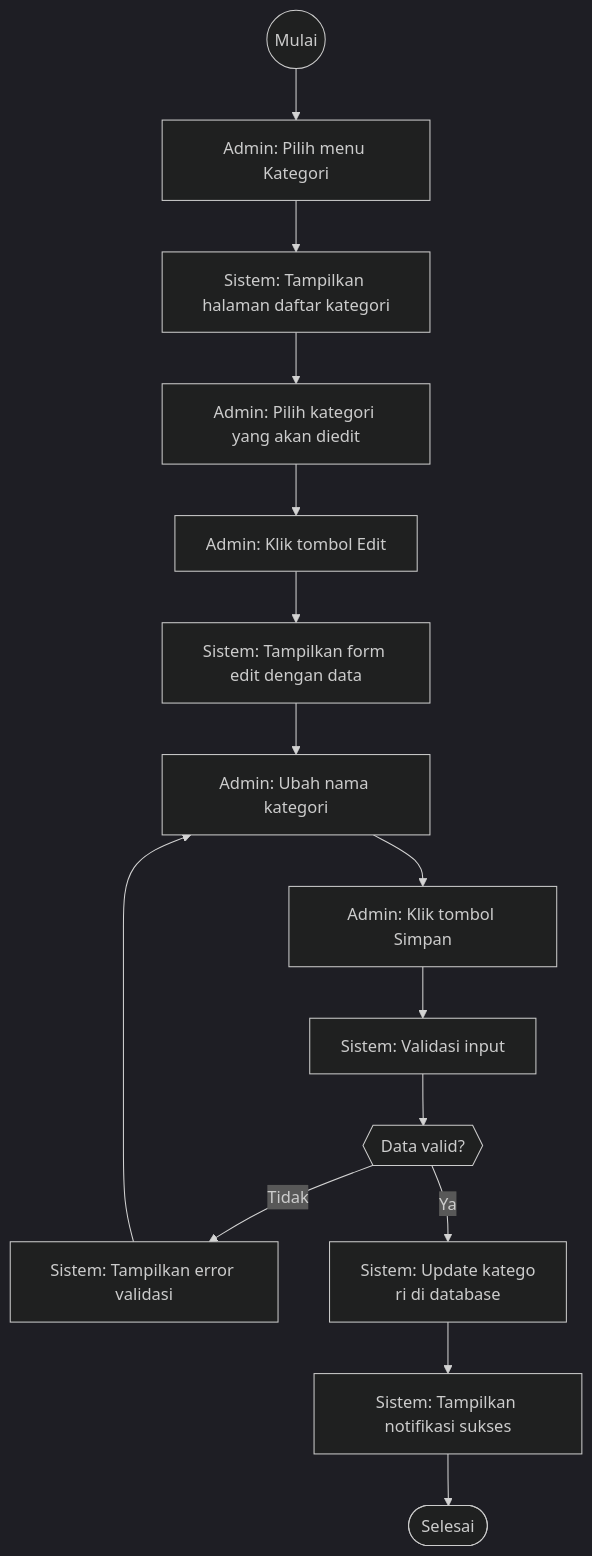
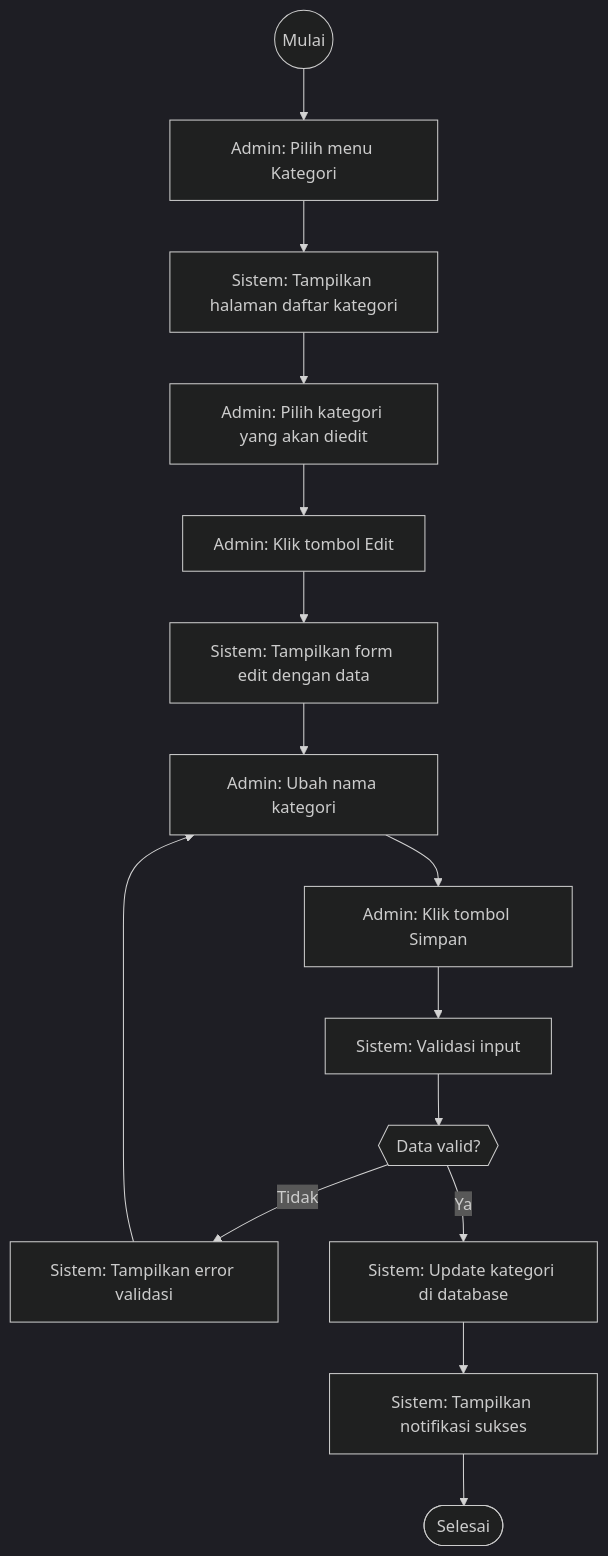
Before and after one commit to devWebs01/POS-DW: the sixth of 40 diagrams in docs/4.2-perancangan-sistem.md, drawn with Mermaid (dark theme). The commit also changed other lines of this file, not shown here.

First line of the commit message:
fix: repair 14 broken mermaid diagrams (split arrows & multiline labels)

````diff
--- a/docs/4.2-perancangan-sistem.md
+++ b/docs/4.2-perancangan-sistem.md
@@ -992,28 +991,27 @@
 ```mermaid
 flowchart TD
   start((Mulai))
   A_A["Admin: Pilih menu Kategori"]
   start --> A_A
   S_A["Sistem: Tampilkan halaman daftar kategori"]
   A_A --> S_A
   A_B["Admin: Pilih kategori yang akan diedit"]
   S_A --> A_B
   A_C["Admin: Klik tombol Edit"]
   A_B --> A_C
   S_B["Sistem: Tampilkan form edit dengan data"]
   A_C --> S_B
   A_D["Admin: Ubah nama kategori"]
   S_B --> A_D
   A_E["Admin: Klik tombol Simpan"]
   A_D --> A_E
   S_C["Sistem: Validasi input"]
   A_E --> S_C
   D_A{{"Data valid?"}}
   S_C --> D_A
   D_A -->|Tidak| E_A["Sistem: Tampilkan error validasi"]
   E_A --> A_D
-  D_A -->|Ya| S_D["Sistem: Update katego
-ri di database"]
+  D_A -->|Ya| S_D["Sistem: Update kategori di database"]
   S_D --> S_E["Sistem: Tampilkan notifikasi sukses"]
   S_E --> end_success([Selesai])
 ```
````
